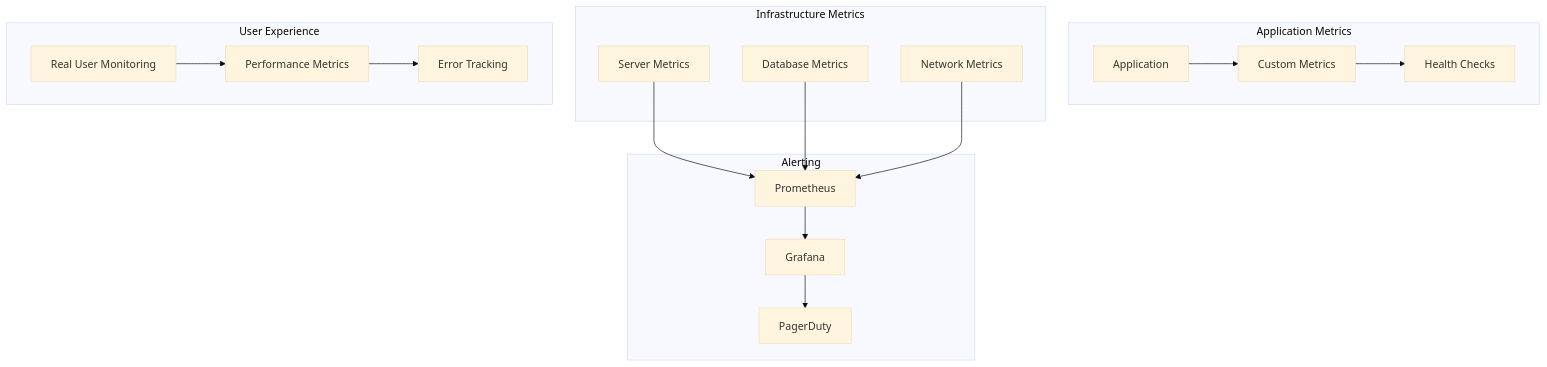
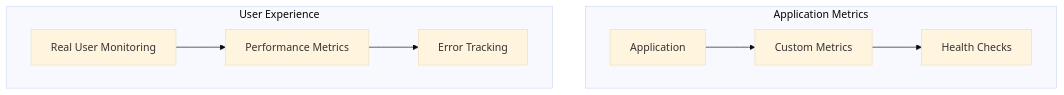
The tenth of 11 diagrams in docs/architecture/system-design.md (aneuhold/tracktory), drawn with Mermaid (base theme) before and after one commit. The commit also changed other lines of this file, not shown here.

Commit message:
Update system design a bit

````diff
--- a/docs/architecture/system-design.md
+++ b/docs/architecture/system-design.md
@@ -597,39 +593,20 @@
 ```mermaid
 graph TB
     subgraph "Application Metrics"
         App[Application]
         Custom[Custom Metrics]
         Health[Health Checks]
     end
 
-    subgraph "Infrastructure Metrics"
-        Server[Server Metrics]
-        DB[Database Metrics]
-        Network[Network Metrics]
-    end
-
     subgraph "User Experience"
         RUM[Real User Monitoring]
         Performance[Performance Metrics]
         Errors[Error Tracking]
     end
 
-    subgraph "Alerting"
-        Prometheus[Prometheus]
-        Grafana[Grafana]
-        PagerDuty[PagerDuty]
-    end
-
     App --> Custom
     Custom --> Health
 
-    Server --> Prometheus
-    DB --> Prometheus
-    Network --> Prometheus
-
     RUM --> Performance
     Performance --> Errors
-
-    Prometheus --> Grafana
-    Grafana --> PagerDuty
 ```
````
